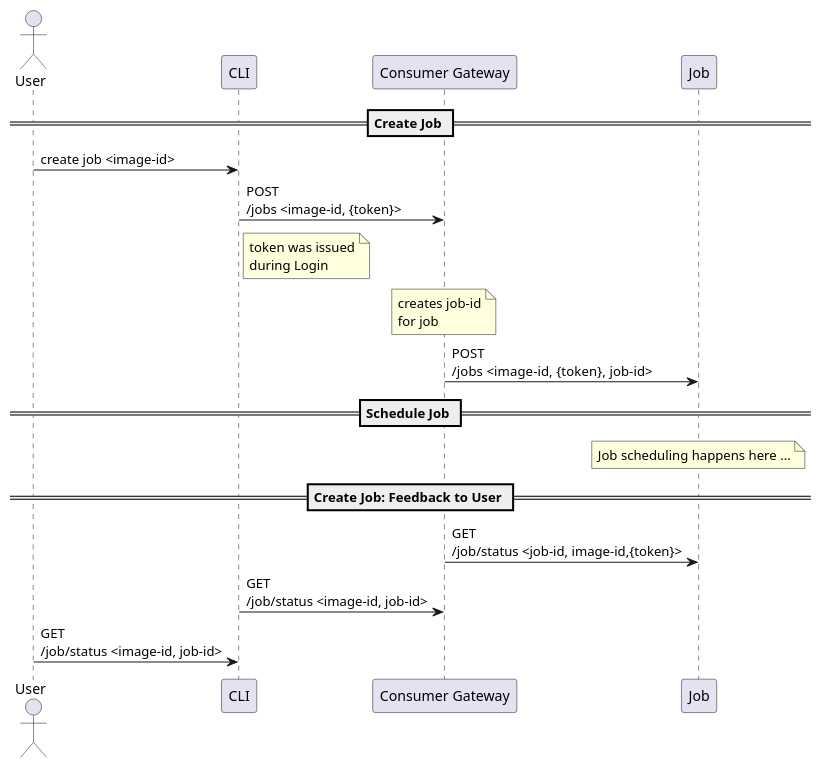
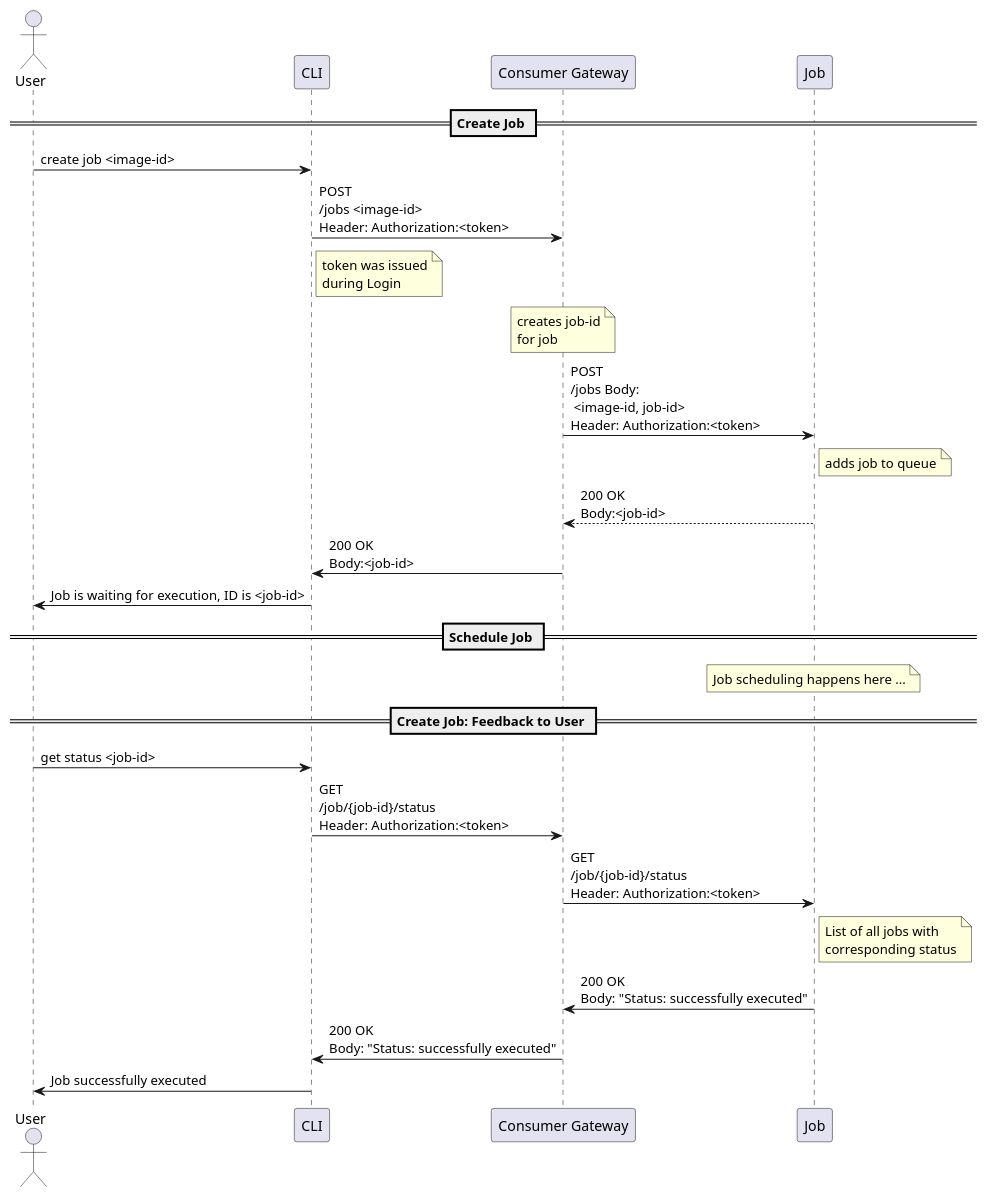
The diagram in phase01-ella/create-job.puml (informatik-mannheim/cmg-ss2025), drawn with PlantUML before and after one commit.

Commit message:
Finished sequence diagramm

```diff
--- a/phase01-ella/create-job.puml
+++ b/phase01-ella/create-job.puml
@@ -1,21 +1,30 @@
 @startuml
 actor "User"
 
 
 == Create Job ==
 User -> CLI: create job <image-id>
-CLI -> "Consumer Gateway": POST\n/jobs <image-id, {token}>
+CLI -> "Consumer Gateway": POST\n/jobs <image-id>\nHeader: Authorization:<token>
 note right of CLI: token was issued\nduring Login
 note over "Consumer Gateway": creates job-id\nfor job
-"Consumer Gateway" -> Job: POST\n/jobs  <image-id, {token}, job-id>
+"Consumer Gateway" -> Job: POST\n/jobs Body:\n <image-id, job-id>\nHeader: Authorization:<token>
+note right of Job: adds job to queue
+Job --> "Consumer Gateway": 200 OK\nBody:<job-id>
+"Consumer Gateway" -> CLI: 200 OK\nBody:<job-id>
+"CLI" -> User: Job is waiting for execution, ID is <job-id>
 
 
 == Schedule Job ==
 note over Job: Job scheduling happens here ... 
 
 == Create Job: Feedback to User ==
-"Consumer Gateway" -> "Job": GET\n/job/status <job-id, image-id,{token}>
-"CLI" -> "Consumer Gateway": GET\n/job/status <image-id, job-id>
-"User" -> "CLI": GET\n/job/status <image-id, job-id>
+"User" -> "CLI": get status <job-id>
+
+"CLI" -> "Consumer Gateway": GET\n/job/{job-id}/status \nHeader: Authorization:<token>
+"Consumer Gateway" -> "Job": GET\n/job/{job-id}/status \nHeader: Authorization:<token>
+note right of Job: List of all jobs with\ncorresponding status
+"Job" -> "Consumer Gateway": 200 OK\nBody: "Status: successfully executed"
+"Consumer Gateway"->"CLI": 200 OK\nBody: "Status: successfully executed"
+"CLI"->"User": Job successfully executed
 
 @enduml
```
